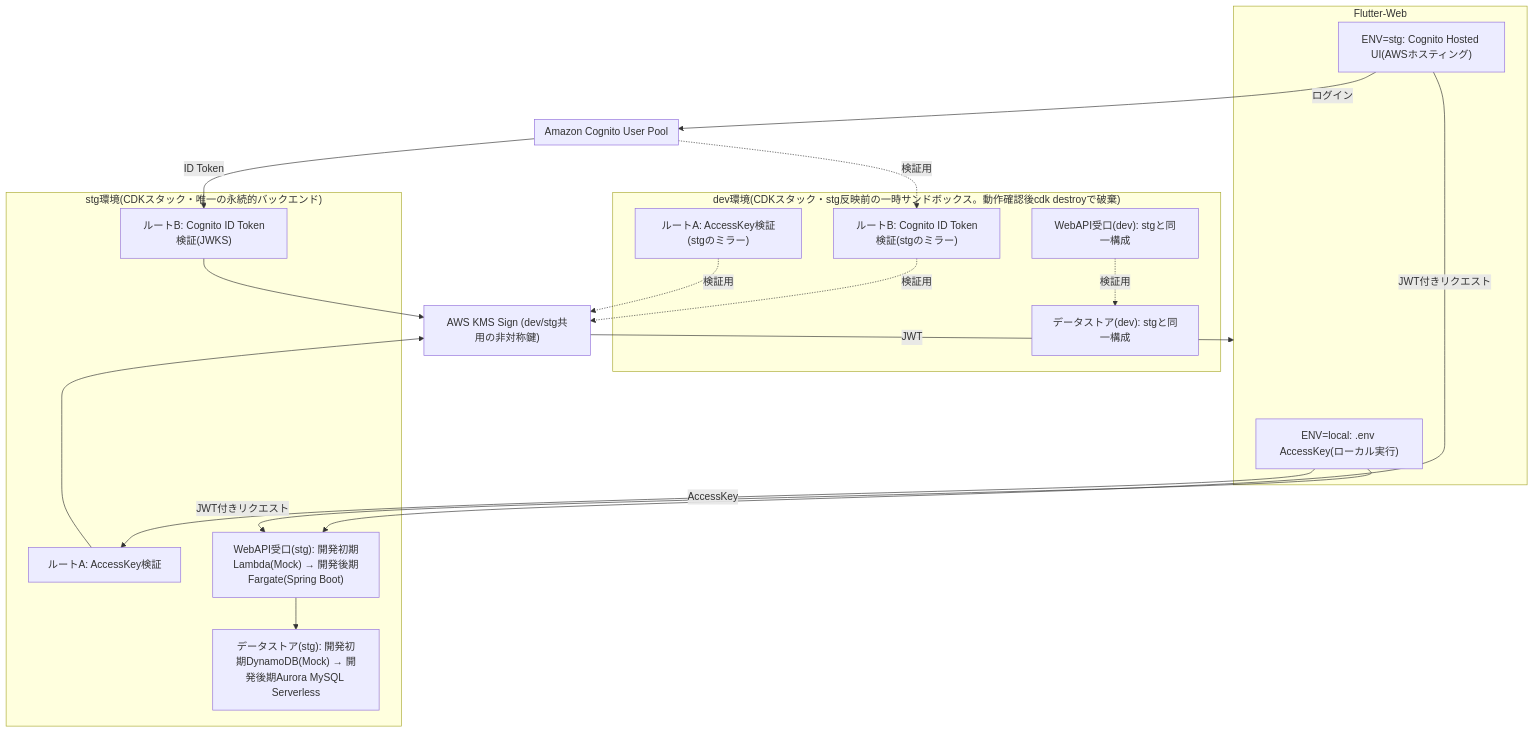
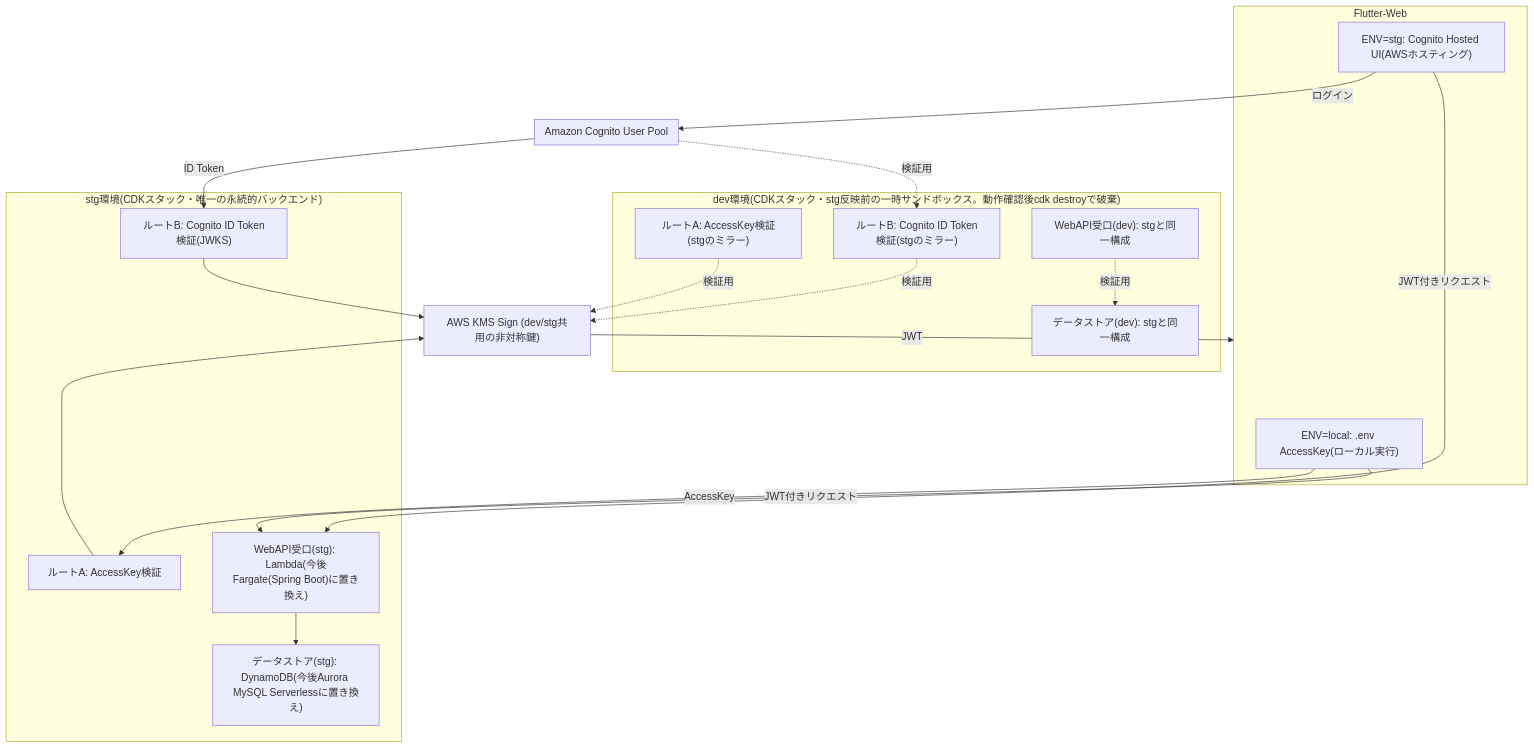
The first of 2 diagrams in docs/specs/authentication/design.md (kachisvp/fasse_infra), drawn with Mermaid before and after one commit. The commit also changed other lines of this file and 14 other files, not shown here.

````diff
--- a/docs/specs/authentication/design.md
+++ b/docs/specs/authentication/design.md
@@ -5,42 +5,42 @@
 ```mermaid
 flowchart TB
     subgraph Frontend["Flutter-Web"]
         FE_LOCAL["ENV=local: .env AccessKey(ローカル実行)"]
         FE_STG["ENV=stg: Cognito Hosted UI(AWSホスティング)"]
     end
 
     subgraph StgEnv["stg環境(CDKスタック・唯一の永続的バックエンド)"]
         RouteA_Stg["ルートA: AccessKey検証"]
         RouteB_Stg["ルートB: Cognito ID Token検証(JWKS)"]
-        StgAPI["WebAPI受口(stg): 開発初期Lambda(Mock) → 開発後期Fargate(Spring Boot)"]
-        StgDB["データストア(stg): 開発初期DynamoDB(Mock) → 開発後期Aurora MySQL Serverless"]
+        StgAPI["WebAPI受口(stg): Lambda(今後Fargate(Spring Boot)に置き換え)"]
+        StgDB["データストア(stg): DynamoDB(今後Aurora MySQL Serverlessに置き換え)"]
     end
 
     subgraph DevEnv["dev環境(CDKスタック・stg反映前の一時サンドボックス。動作確認後cdk destroyで破棄)"]
         RouteA_Dev["ルートA: AccessKey検証(stgのミラー)"]
         RouteB_Dev["ルートB: Cognito ID Token検証(stgのミラー)"]
         DevAPI["WebAPI受口(dev): stgと同一構成"]
         DevDB["データストア(dev): stgと同一構成"]
     end
 
     KMSSign["AWS KMS Sign (dev/stg共用の非対称鍵)"]
 
     subgraph Cognito["Amazon Cognito User Pool"]
     end
 
     FE_LOCAL -->|AccessKey| RouteA_Stg
     FE_STG -->|ログイン| Cognito
     Cognito -->|ID Token| RouteB_Stg
     RouteA_Stg --> KMSSign
     RouteB_Stg --> KMSSign
     KMSSign -->|JWT| Frontend
 
     FE_LOCAL -->|JWT付きリクエスト| StgAPI
     FE_STG -->|JWT付きリクエスト| StgAPI
     StgAPI --> StgDB
 
     RouteA_Dev -.検証用.-> KMSSign
     Cognito -.検証用.-> RouteB_Dev
     RouteB_Dev -.検証用.-> KMSSign
     DevAPI -.検証用.-> DevDB
 ```
````
